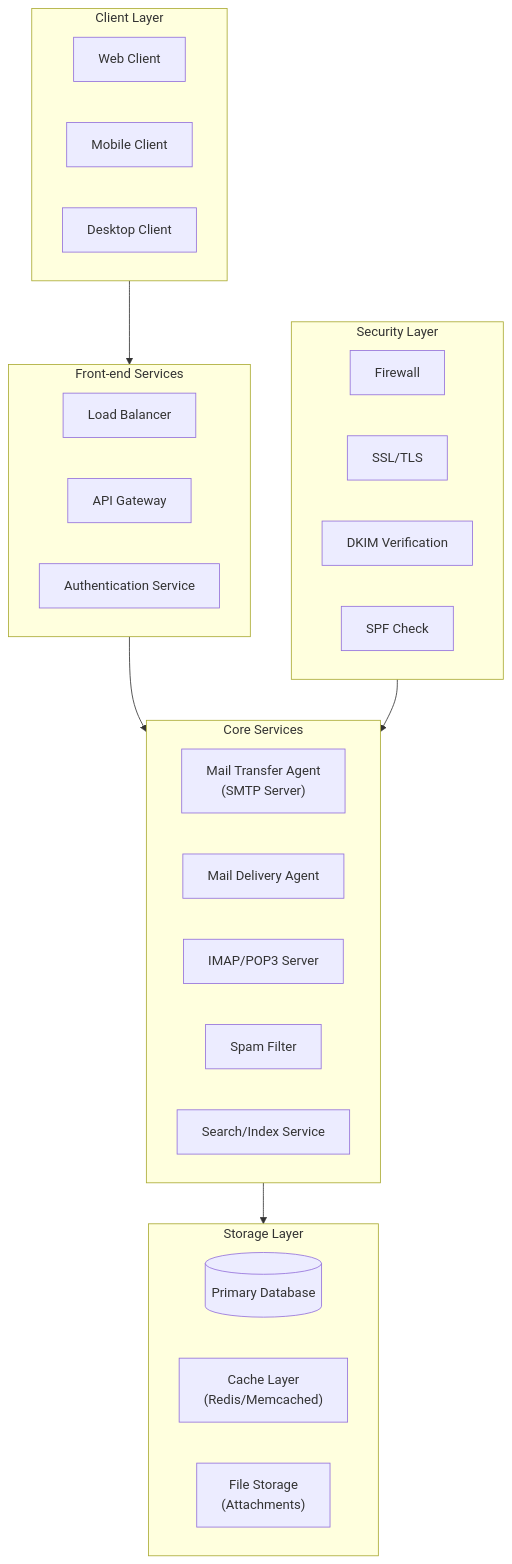
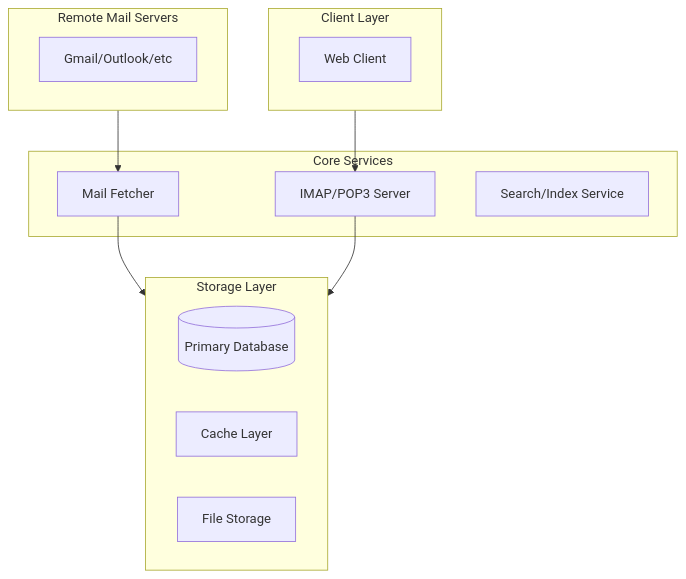
One commit to Tomogi/local-mail changed the diagram in README.md. Above: the diagram before and after it, drawn with Mermaid. The commit also changed other lines of this file and 2 other files, not shown here.

````diff
--- a/README.md
+++ b/README.md
@@ -65,35 +33,27 @@
 ```mermaid
 graph TB
 subgraph Client["Client Layer"]
 WC["Web Client"]
-MC["Mobile Client"]
-DC["Desktop Client"]
 end
-subgraph FrontEnd["Front-end Services"]
-LB["Load Balancer"]
-API["API Gateway"]
-AUTH["Authentication Service"]
-end
+
 subgraph Core["Core Services"]
-MTA["Mail Transfer Agent<br/>(SMTP Server)"]
-MDA["Mail Delivery Agent"]
+MF["Mail Fetcher"]
 IMAP["IMAP/POP3 Server"]
-SPAM["Spam Filter"]
 INDEX["Search/Index Service"]
 end
+
 subgraph Storage["Storage Layer"]
 DB[(Primary Database)]
-CACHE["Cache Layer<br/>(Redis/Memcached)"]
-FS["File Storage<br/>(Attachments)"]
+CACHE["Cache Layer"]
+FS["File Storage"]
 end
-subgraph Security["Security Layer"]
-FW["Firewall"]
-SSL["SSL/TLS"]
-DKIM["DKIM Verification"]
-SPF["SPF Check"]
+
+subgraph Remote["Remote Mail Servers"]
+RS["Gmail/Outlook/etc"]
 end
-Client --> FrontEnd
-FrontEnd --> Core
-Core --> Storage
-Security --> Core 
+
+Remote --> MF
+MF --> Storage
+Client --> IMAP
+IMAP --> Storage
 ```
````
